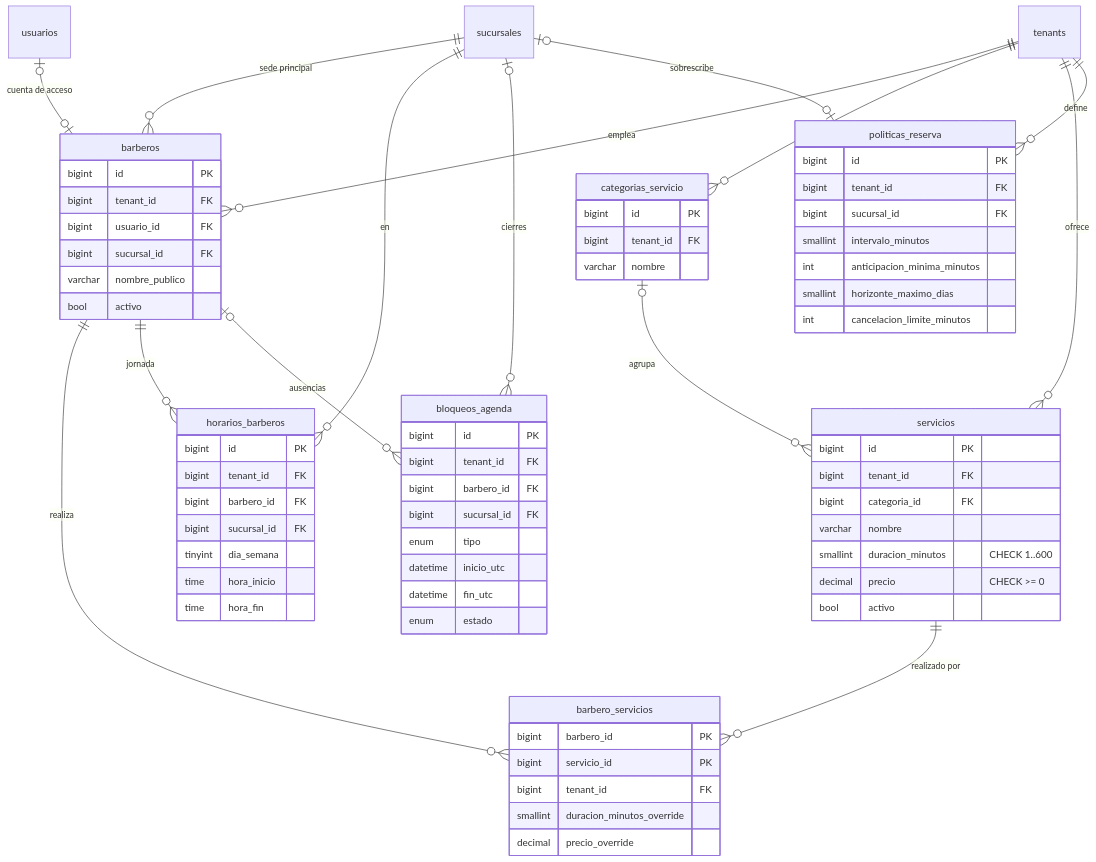
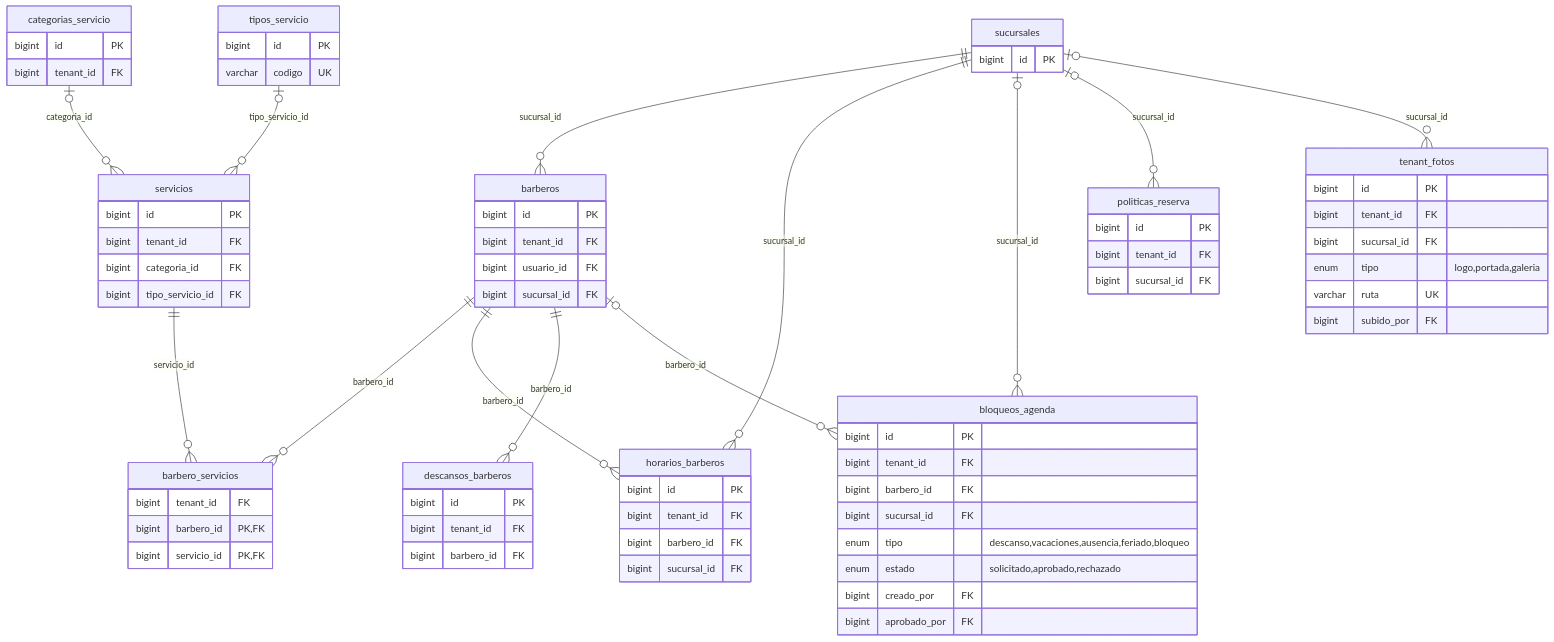
Before and after one commit to VituchoPeru/barberapp: the third of 6 diagrams in docs/MODELO_ER.md, drawn with Mermaid. The commit also changed other lines of this file and 90 other files, not shown here.

````diff
--- a/docs/MODELO_ER.md
+++ b/docs/MODELO_ER.md
@@ -122,75 +171,77 @@
 ```mermaid
 erDiagram
-    tenants ||--o{ barberos : "emplea"
-    sucursales ||--o{ barberos : "sede principal"
-    usuarios |o--o| barberos : "cuenta de acceso"
-    tenants ||--o{ categorias_servicio : ""
-    categorias_servicio |o--o{ servicios : "agrupa"
-    tenants ||--o{ servicios : "ofrece"
-    barberos ||--o{ barbero_servicios : "realiza"
-    servicios ||--o{ barbero_servicios : "realizado por"
-    barberos ||--o{ horarios_barberos : "jornada"
-    sucursales ||--o{ horarios_barberos : "en"
-    barberos |o--o{ bloqueos_agenda : "ausencias"
-    sucursales |o--o{ bloqueos_agenda : "cierres"
-    tenants ||--o{ politicas_reserva : "define"
-    sucursales |o--o| politicas_reserva : "sobrescribe"
-
+    categorias_servicio |o--o{ servicios : "categoria_id"
+    tipos_servicio |o--o{ servicios : "tipo_servicio_id"
+    sucursales ||--o{ barberos : "sucursal_id"
+    barberos ||--o{ barbero_servicios : "barbero_id"
+    servicios ||--o{ barbero_servicios : "servicio_id"
+    barberos ||--o{ horarios_barberos : "barbero_id"
+    sucursales ||--o{ horarios_barberos : "sucursal_id"
+    barberos ||--o{ descansos_barberos : "barbero_id"
+    barberos |o--o{ bloqueos_agenda : "barbero_id"
+    sucursales |o--o{ bloqueos_agenda : "sucursal_id"
+    sucursales |o--o{ politicas_reserva : "sucursal_id"
+    sucursales |o--o{ tenant_fotos : "sucursal_id"
+    categorias_servicio {
+        bigint id PK
+        bigint tenant_id FK
+    }
+    tipos_servicio {
+        bigint id PK
+        varchar codigo UK
+    }
+    servicios {
+        bigint id PK
+        bigint tenant_id FK
+        bigint categoria_id FK
+        bigint tipo_servicio_id FK
+    }
     barberos {
         bigint id PK
         bigint tenant_id FK
         bigint usuario_id FK
         bigint sucursal_id FK
-        varchar nombre_publico
-        bool activo
-    }
-    servicios {
-        bigint id PK
-        bigint tenant_id FK
-        bigint categoria_id FK
-        varchar nombre
-        smallint duracion_minutos "CHECK 1..600"
-        decimal precio "CHECK >= 0"
-        bool activo
-    }
-    categorias_servicio {
-        bigint id PK
-        bigint tenant_id FK
-        varchar nombre
     }
     barbero_servicios {
-        bigint barbero_id PK
-        bigint servicio_id PK
         bigint tenant_id FK
-        smallint duracion_minutos_override
-        decimal precio_override
+        bigint barbero_id PK, FK
+        bigint servicio_id PK, FK
     }
     horarios_barberos {
         bigint id PK
         bigint tenant_id FK
         bigint barbero_id FK
         bigint sucursal_id FK
-        tinyint dia_semana
-        time hora_inicio
-        time hora_fin
+    }
+    descansos_barberos {
+        bigint id PK
+        bigint tenant_id FK
+        bigint barbero_id FK
     }
     bloqueos_agenda {
         bigint id PK
         bigint tenant_id FK
         bigint barbero_id FK
         bigint sucursal_id FK
-        enum tipo
-        datetime inicio_utc
-        datetime fin_utc
-        enum estado
+        enum tipo "descanso,vacaciones,ausencia,feriado,bloqueo"
+        enum estado "solicitado,aprobado,rechazado"
+        bigint creado_por FK
+        bigint aprobado_por FK
     }
     politicas_reserva {
         bigint id PK
         bigint tenant_id FK
         bigint sucursal_id FK
-        smallint intervalo_minutos
-        int anticipacion_minima_minutos
-        smallint horizonte_maximo_dias
-        int cancelacion_limite_minutos
+    }
+    tenant_fotos {
+        bigint id PK
+        bigint tenant_id FK
+        bigint sucursal_id FK
+        enum tipo "logo,portada,galeria"
+        varchar ruta UK
+        bigint subido_por FK
+    }
+    sucursales {
+        bigint id PK
     }
 ```
````
